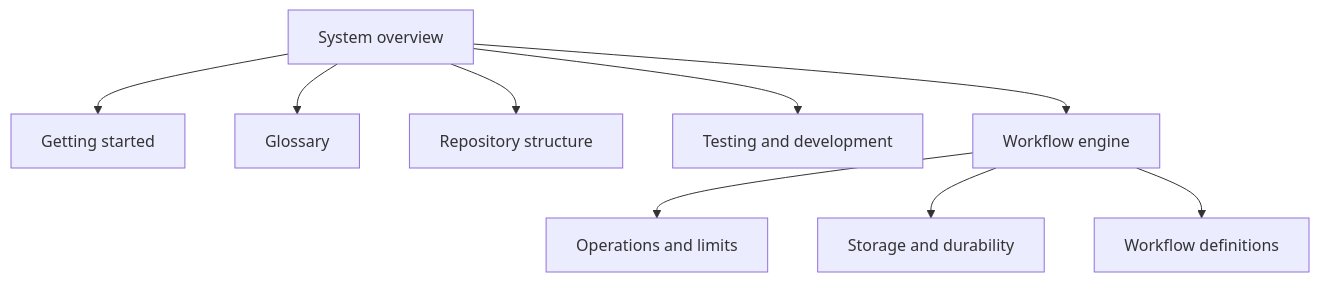
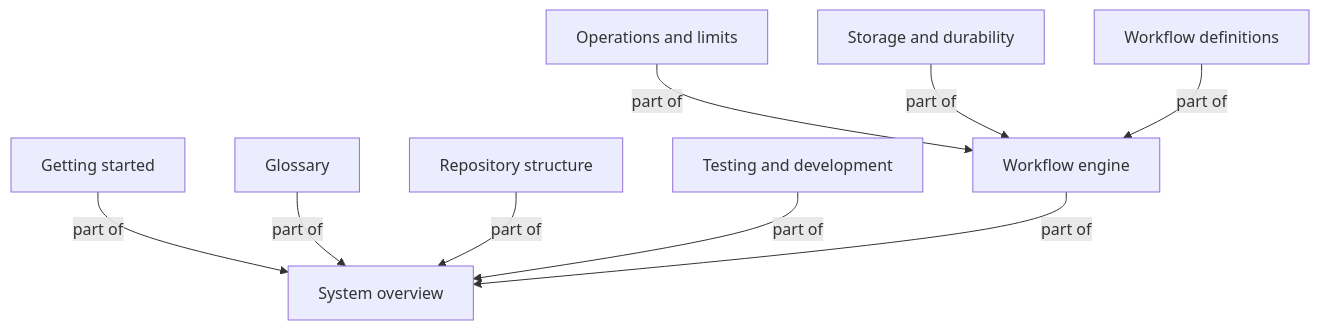
One commit to srv1n/dagger changed the diagram in docs/system/00-overview.md. Above: the diagram before and after it, drawn with Mermaid. The commit also changed 53 other files, not shown here.

````diff
--- a/docs/system/00-overview.md
+++ b/docs/system/00-overview.md
@@ -61,20 +61,20 @@
 ```mermaid
 graph TD
   n_Getting_started["Getting started"]
   n_Glossary["Glossary"]
   n_Operations_and_limits["Operations and limits"]
   n_Repository_structure["Repository structure"]
   n_Storage_and_durability["Storage and durability"]
   n_System_overview["System overview"]
   n_Testing_and_development["Testing and development"]
   n_Workflow_definitions["Workflow definitions"]
   n_Workflow_engine["Workflow engine"]
-  n_System_overview --> n_Getting_started
-  n_System_overview --> n_Glossary
-  n_Workflow_engine --> n_Operations_and_limits
-  n_System_overview --> n_Repository_structure
-  n_Workflow_engine --> n_Storage_and_durability
-  n_System_overview --> n_Testing_and_development
-  n_Workflow_engine --> n_Workflow_definitions
-  n_System_overview --> n_Workflow_engine
+  n_Getting_started -->|part of| n_System_overview
+  n_Glossary -->|part of| n_System_overview
+  n_Operations_and_limits -->|part of| n_Workflow_engine
+  n_Repository_structure -->|part of| n_System_overview
+  n_Storage_and_durability -->|part of| n_Workflow_engine
+  n_Testing_and_development -->|part of| n_System_overview
+  n_Workflow_definitions -->|part of| n_Workflow_engine
+  n_Workflow_engine -->|part of| n_System_overview
 ```
````
